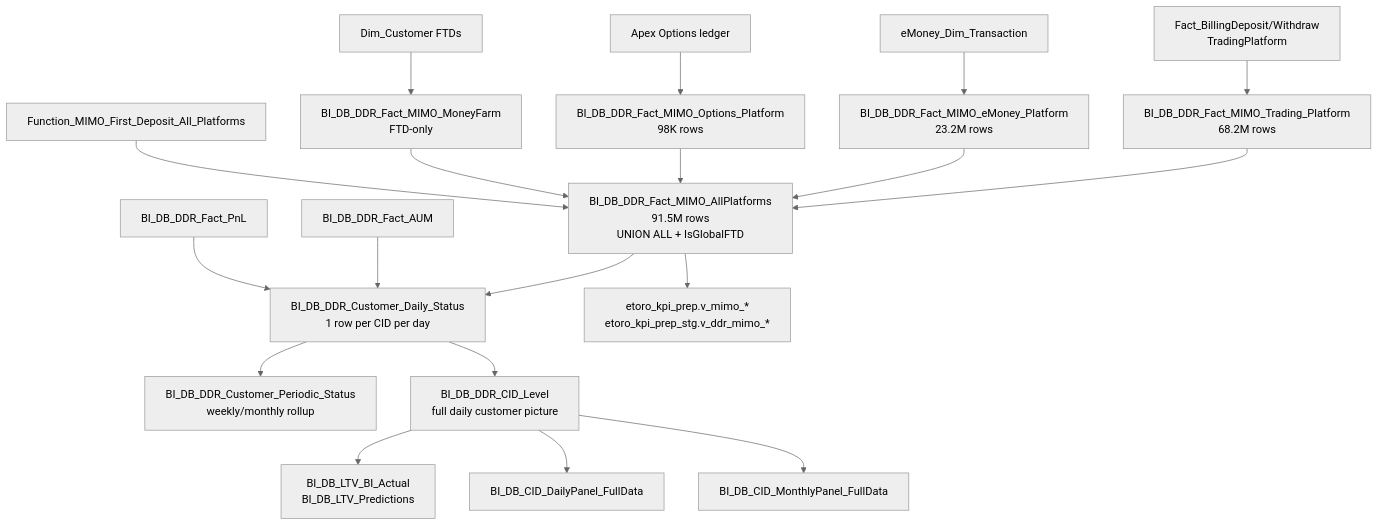
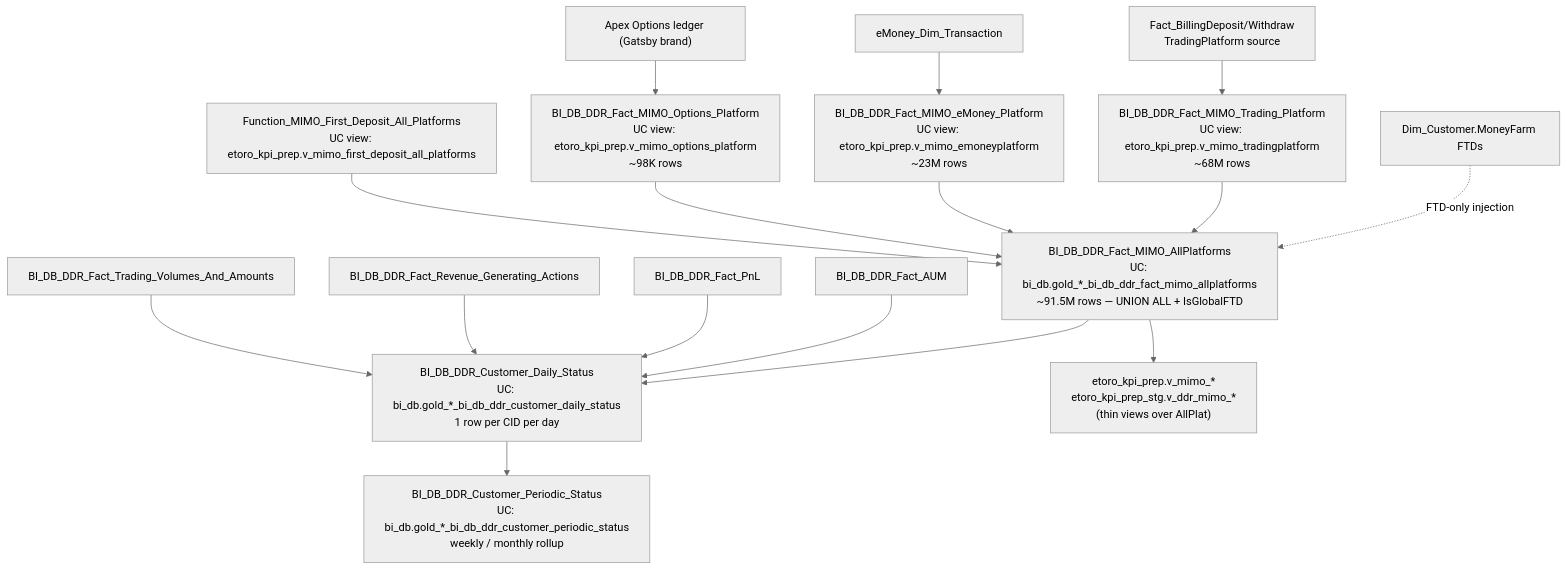
One commit to guyman-tr/Databricks_Knowledge changed the diagram in knowledge/skills/payments/mimo-panel-and-ddr.md. Above: the diagram before and after it, drawn with Mermaid (neutral theme). The commit also changed other lines of this file and 21 other files, not shown here.

````diff
--- a/knowledge/skills/payments/mimo-panel-and-ddr.md
+++ b/knowledge/skills/payments/mimo-panel-and-ddr.md
@@ -62,26 +87,22 @@
 ```mermaid
 graph TB
-    TP[Fact_BillingDeposit/Withdraw<br/>TradingPlatform] --> TPMimo[BI_DB_DDR_Fact_MIMO_Trading_Platform<br/>68.2M rows]
-    EM[eMoney_Dim_Transaction] --> EMMimo[BI_DB_DDR_Fact_MIMO_eMoney_Platform<br/>23.2M rows]
-    OP[Apex Options ledger] --> OPMimo[BI_DB_DDR_Fact_MIMO_Options_Platform<br/>98K rows]
-    MF[Dim_Customer FTDs] --> MFMimo[BI_DB_DDR_Fact_MIMO_MoneyFarm<br/>FTD-only]
+    TP["Fact_BillingDeposit/Withdraw<br/>TradingPlatform source"] --> TPMimo["BI_DB_DDR_Fact_MIMO_Trading_Platform<br/>UC view: etoro_kpi_prep.v_mimo_tradingplatform<br/>~68M rows"]
+    EM["eMoney_Dim_Transaction"] --> EMMimo["BI_DB_DDR_Fact_MIMO_eMoney_Platform<br/>UC view: etoro_kpi_prep.v_mimo_emoneyplatform<br/>~23M rows"]
+    OP["Apex Options ledger (Gatsby brand)"] --> OPMimo["BI_DB_DDR_Fact_MIMO_Options_Platform<br/>UC view: etoro_kpi_prep.v_mimo_options_platform<br/>~98K rows"]
+    MF["Dim_Customer.MoneyFarm FTDs"] -.FTD-only injection.-> AllPlat
 
-    TPMimo --> AllPlat[BI_DB_DDR_Fact_MIMO_AllPlatforms<br/>91.5M rows<br/>UNION ALL + IsGlobalFTD]
+    TPMimo --> AllPlat["BI_DB_DDR_Fact_MIMO_AllPlatforms<br/>UC: bi_db.gold_*_bi_db_ddr_fact_mimo_allplatforms<br/>~91.5M rows — UNION ALL + IsGlobalFTD"]
     EMMimo --> AllPlat
     OPMimo --> AllPlat
-    MFMimo --> AllPlat
-    GlobFn[Function_MIMO_First_Deposit_All_Platforms] --> AllPlat
+    GlobFn["Function_MIMO_First_Deposit_All_Platforms<br/>UC view: etoro_kpi_prep.v_mimo_first_deposit_all_platforms"] --> AllPlat
 
-    AllPlat --> CDS[BI_DB_DDR_Customer_Daily_Status<br/>1 row per CID per day]
-    AUM[BI_DB_DDR_Fact_AUM] --> CDS
-    PnL[BI_DB_DDR_Fact_PnL] --> CDS
+    AllPlat --> CDS["BI_DB_DDR_Customer_Daily_Status<br/>UC: bi_db.gold_*_bi_db_ddr_customer_daily_status<br/>1 row per CID per day"]
+    AUM["BI_DB_DDR_Fact_AUM"] --> CDS
+    PnL["BI_DB_DDR_Fact_PnL"] --> CDS
+    RGA["BI_DB_DDR_Fact_Revenue_Generating_Actions"] --> CDS
+    TVA["BI_DB_DDR_Fact_Trading_Volumes_And_Amounts"] --> CDS
 
-    CDS --> CPS[BI_DB_DDR_Customer_Periodic_Status<br/>weekly/monthly rollup]
-    CDS --> CIDLevel[BI_DB_DDR_CID_Level<br/>full daily customer picture]
+    CDS --> CPS["BI_DB_DDR_Customer_Periodic_Status<br/>UC: bi_db.gold_*_bi_db_ddr_customer_periodic_status<br/>weekly / monthly rollup"]
 
-    CIDLevel --> LTV[BI_DB_LTV_BI_Actual<br/>BI_DB_LTV_Predictions]
-    CIDLevel --> Daily[BI_DB_CID_DailyPanel_FullData]
-    CIDLevel --> Monthly[BI_DB_CID_MonthlyPanel_FullData]
-
-    AllPlat --> KPI[etoro_kpi_prep.v_mimo_*<br/>etoro_kpi_prep_stg.v_ddr_mimo_*]
+    AllPlat --> KPI["etoro_kpi_prep.v_mimo_*<br/>etoro_kpi_prep_stg.v_ddr_mimo_*<br/>(thin views over AllPlat)"]
 ```
````
